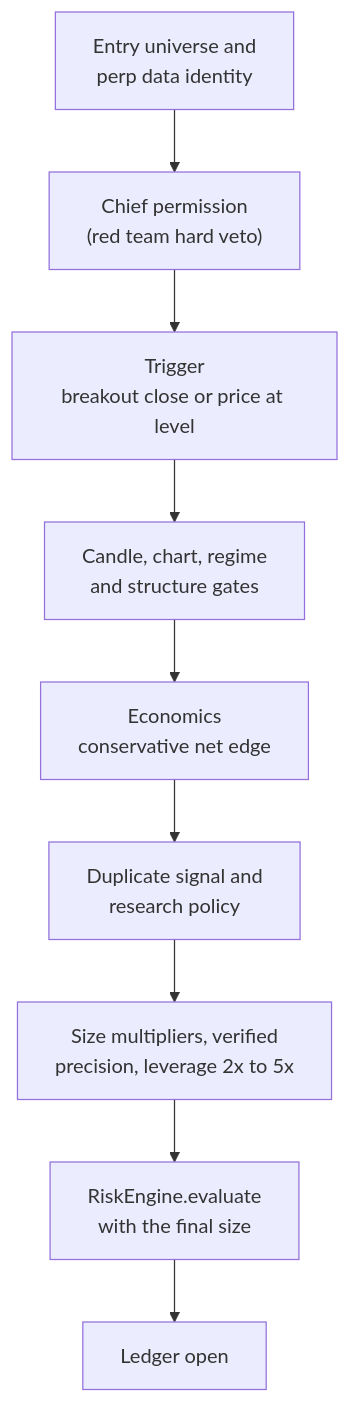
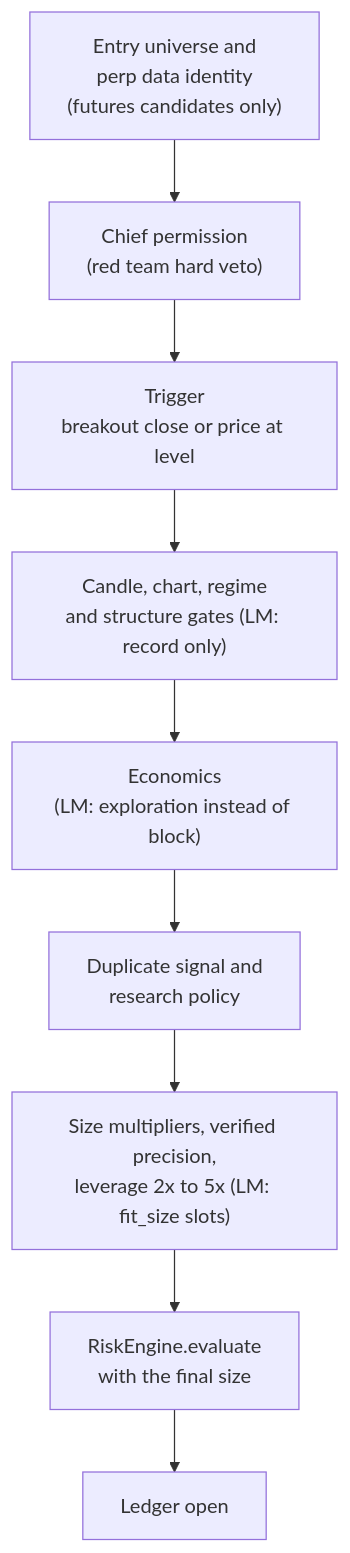
One commit to CoskunerBerke/trading2 changed the sixth of 7 diagrams in docs/HOW_IT_WORKS.md. Above: the diagram before and after it, drawn with Mermaid. The commit also changed other lines of this file, not shown here.

````diff
--- a/docs/HOW_IT_WORKS.md
+++ b/docs/HOW_IT_WORKS.md
@@ -405,11 +530,11 @@
 ```mermaid
 flowchart TB
-    A["Entry universe and<br/>perp data identity"] --> B["Chief permission<br/>(red team hard veto)"]
+    A["Entry universe and<br/>perp data identity<br/>(futures candidates only)"] --> B["Chief permission<br/>(red team hard veto)"]
     B --> C["Trigger<br/>breakout close or price at level"]
-    C --> D["Candle, chart, regime<br/>and structure gates"]
-    D --> E["Economics<br/>conservative net edge"]
+    C --> D["Candle, chart, regime<br/>and structure gates (LM: record only)"]
+    D --> E["Economics<br/>(LM: exploration instead of block)"]
     E --> F["Duplicate signal and<br/>research policy"]
-    F --> G["Size multipliers, verified<br/>precision, leverage 2x to 5x"]
+    F --> G["Size multipliers, verified precision,<br/>leverage 2x to 5x (LM: fit_size slots)"]
     G --> H["RiskEngine.evaluate<br/>with the final size"]
     H --> I["Ledger open"]
 ```
````
